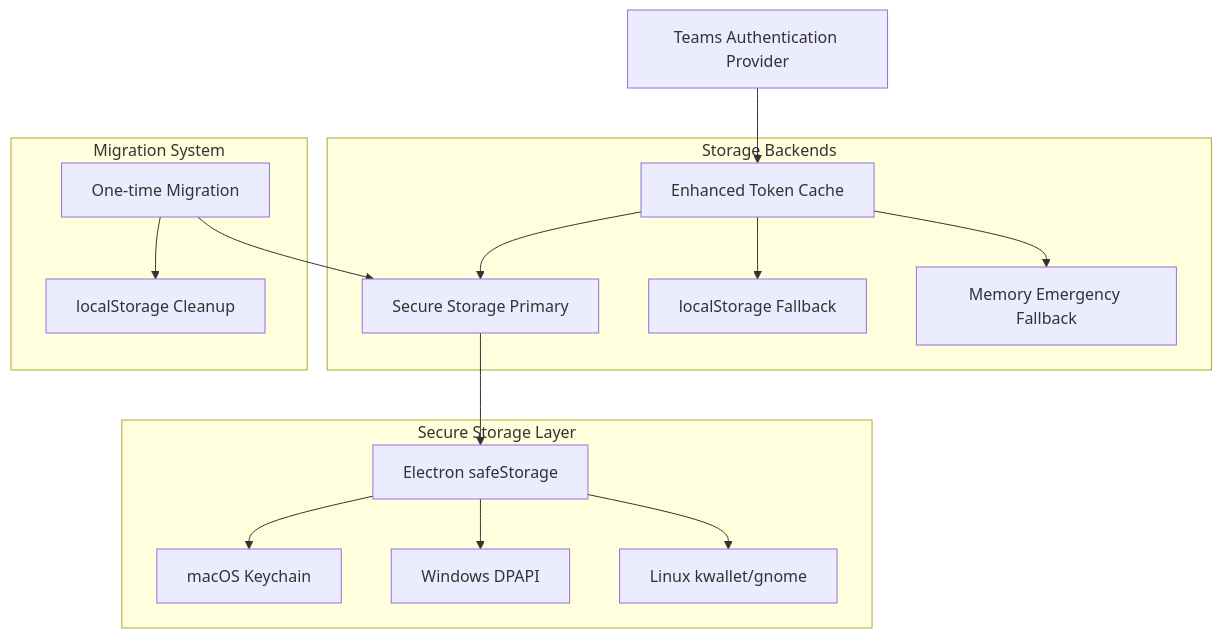
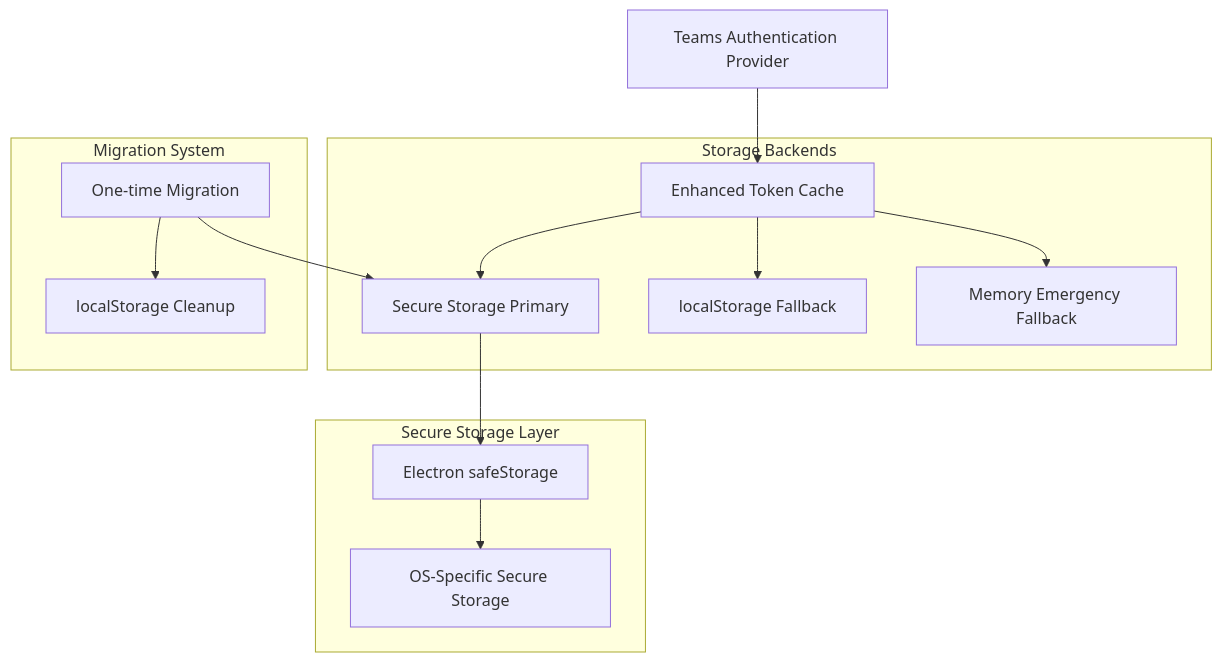
Before and after one commit to IsmaelMartinez/teams-for-linux: the second of 2 diagrams in docs-site/docs/development/token-cache-architecture.md, drawn with Mermaid. The commit also changed other lines of this file and 1 other file, not shown here.

First line of the commit message:
refactor: remove unnecessary platform detection in safeStorage

````diff
--- a/docs-site/docs/development/token-cache-architecture.md
+++ b/docs-site/docs/development/token-cache-architecture.md
@@ -41,22 +41,20 @@
 ```mermaid
 graph TB
     A[Teams Authentication Provider] --> B[Enhanced Token Cache]
     
     subgraph "Storage Backends"
         B --> C[Secure Storage Primary]
         B --> D[localStorage Fallback]
         B --> E[Memory Emergency Fallback]
     end
     
     subgraph "Secure Storage Layer"
         C --> F[Electron safeStorage]
-        F --> G[macOS Keychain]
-        F --> H[Windows DPAPI]
-        F --> I[Linux kwallet/gnome]
+        F --> G[OS-Specific Secure Storage]
     end
     
     subgraph "Migration System"
         J[One-time Migration] --> C
         J --> K[localStorage Cleanup]
     end
 ```
````
